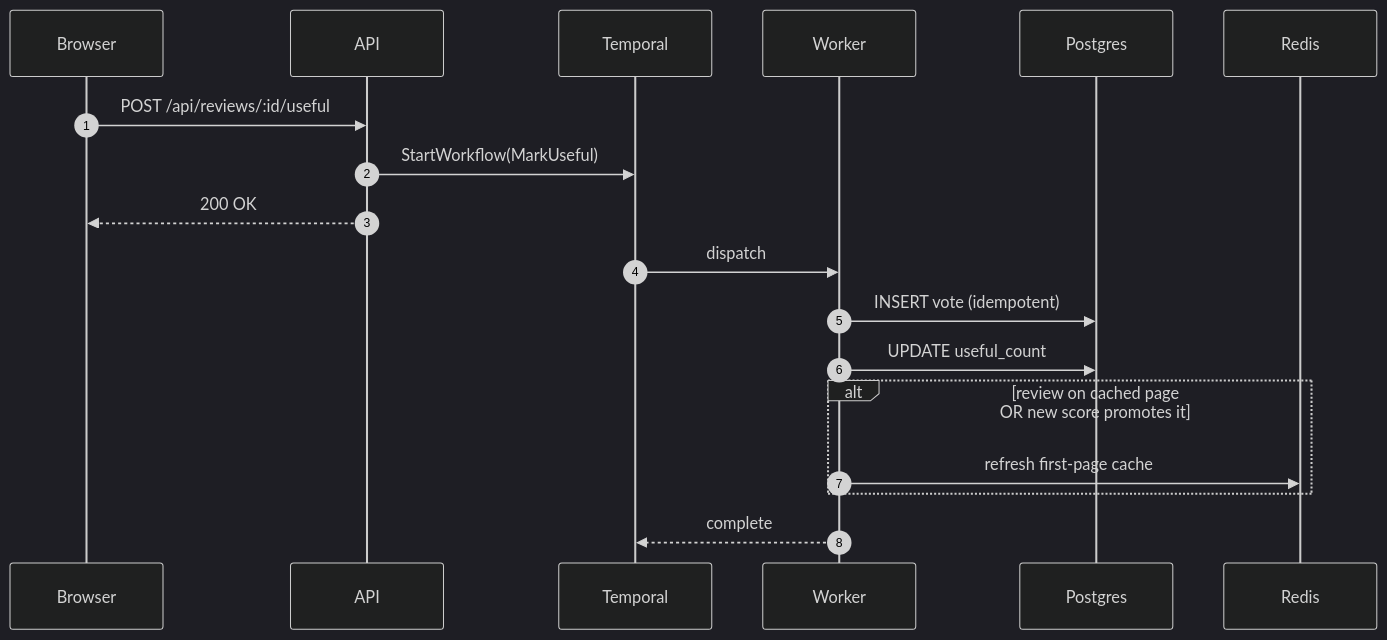
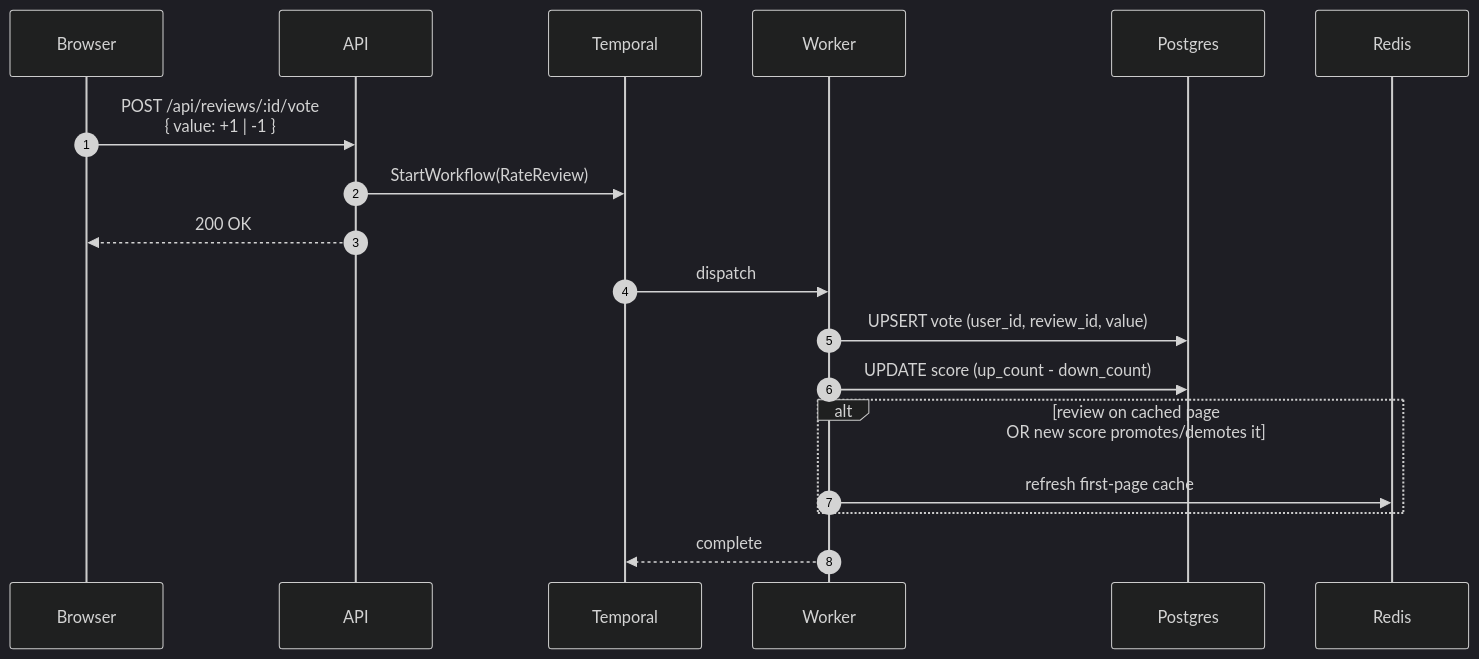
Before and after one commit to KaliCZ/reviews: the sixth of 6 diagrams in docs/flows.md, drawn with Mermaid (dark theme). The commit also changed other lines of this file, not shown here.

First line of the commit message:
Rename flow 4 to "rating a review" (up/down votes)

````diff
--- a/docs/flows.md
+++ b/docs/flows.md
@@ -146,23 +146,23 @@
 ```mermaid
 sequenceDiagram
     autonumber
     participant B as Browser
     participant A as API
     participant T as Temporal
     participant W as Worker
     participant P as Postgres
     participant R as Redis
 
-    B->>A: POST /api/reviews/:id/useful
-    A->>T: StartWorkflow(MarkUseful)
+    B->>A: POST /api/reviews/:id/vote<br/>{ value: +1 | -1 }
+    A->>T: StartWorkflow(RateReview)
     A-->>B: 200 OK
     T->>W: dispatch
-    W->>P: INSERT vote (idempotent)
-    W->>P: UPDATE useful_count
+    W->>P: UPSERT vote (user_id, review_id, value)
+    W->>P: UPDATE score (up_count - down_count)
 
-    alt review on cached page<br/>OR new score promotes it
+    alt review on cached page<br/>OR new score promotes/demotes it
         W->>R: refresh first-page cache
     end
 
     W-->>T: complete
 ```
````
